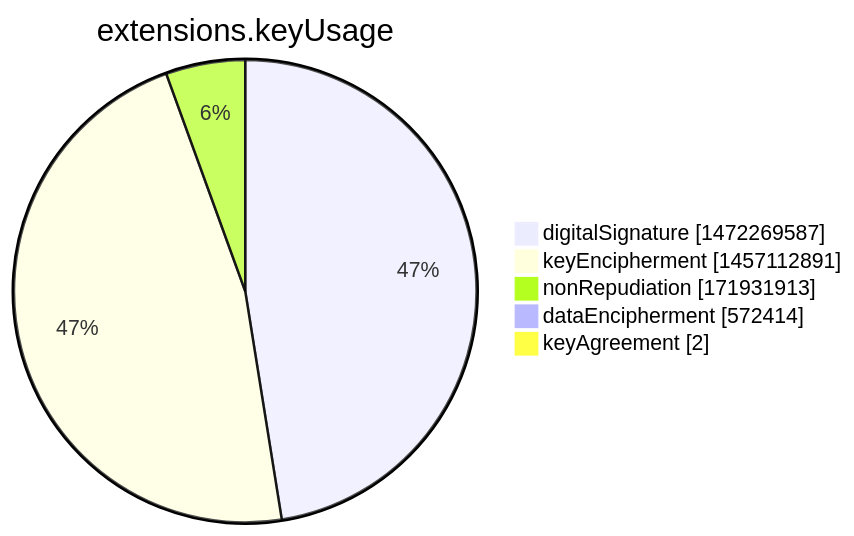
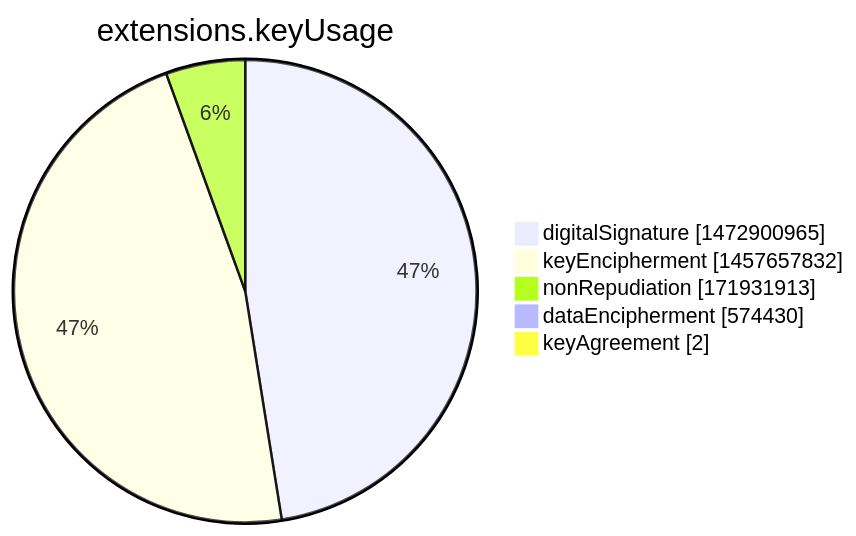
Before and after one commit to christiankrug/ctmonitor_visualization: the seventh of 15 diagrams in argon2022/README.md, drawn with Mermaid. The commit also changed other lines of this file, not shown here.

````diff
--- a/argon2022/README.md
+++ b/argon2022/README.md
@@ -2751,9 +2751,9 @@
 ```mermaid
 pie showData
 title extensions.keyUsage
-"digitalSignature" :1472269587
-"keyEncipherment" :1457112891
+"digitalSignature" :1472900965
+"keyEncipherment" :1457657832
 "nonRepudiation" :171931913
-"dataEncipherment" :572414
+"dataEncipherment" :574430
 "keyAgreement" :2
 ```
````
